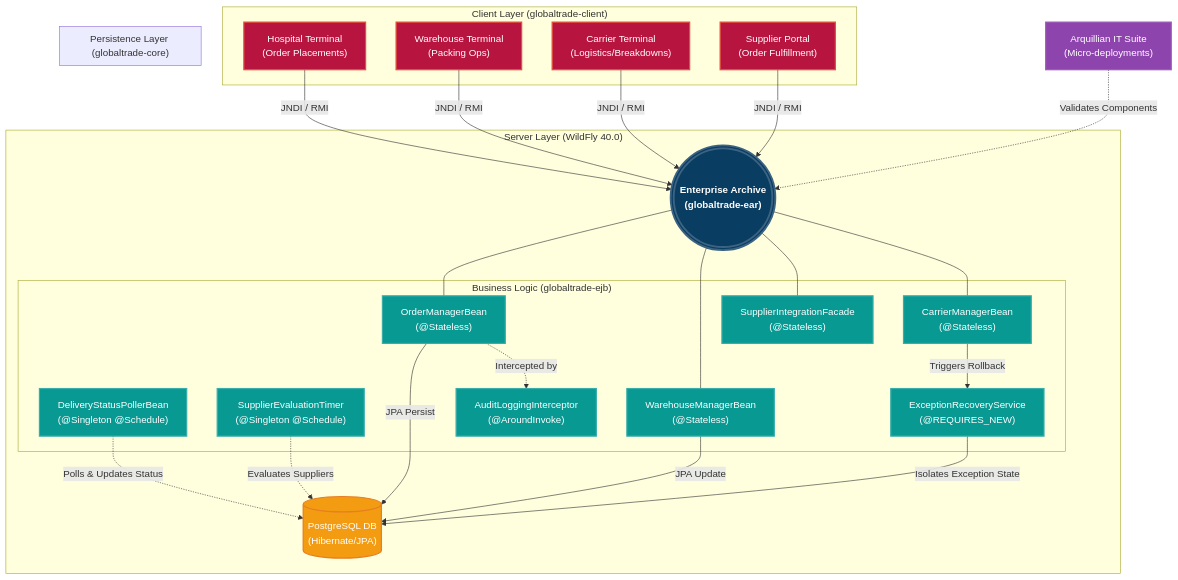
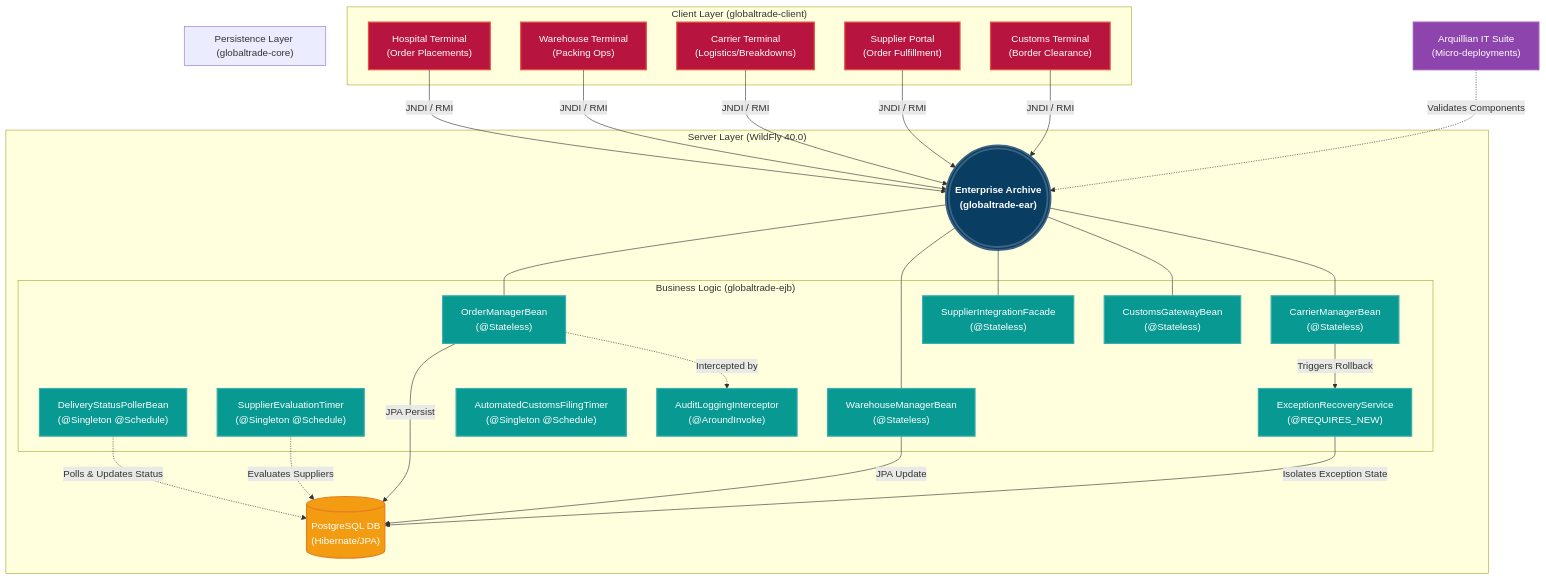
Before and after one commit to notlasandu/globaltrade-scm: the diagram in README.md, drawn with Mermaid. The commit also changed other lines of this file and 22 other files, not shown here.

Commit message:
feat: Implement Customs Clearance, Automated Filing Bridge, and Exception Recovery

````diff
--- a/README.md
+++ b/README.md
@@ -88,62 +89,67 @@
 ```mermaid
 graph TD
     %% Styling
     classDef client fill:#b71540,stroke:#e55039,stroke-width:2px,color:white;
     classDef server fill:#0a3d62,stroke:#3c6382,stroke-width:3px,color:white,font-weight:bold;
     classDef ejb fill:#079992,stroke:#38ada9,stroke-width:2px,color:white;
     classDef db fill:#f39c12,stroke:#e67e22,stroke-width:2px,color:white;
     classDef test fill:#8e44ad,stroke:#9b59b6,stroke-width:2px,color:white;
 
     %% Client Layer
     subgraph "Client Layer (globaltrade-client)"
         Hospital["Hospital Terminal<br/>(Order Placements)"]:::client
         Warehouse["Warehouse Terminal<br/>(Packing Ops)"]:::client
         Carrier["Carrier Terminal<br/>(Logistics/Breakdowns)"]:::client
         Vendor["Supplier Portal<br/>(Order Fulfillment)"]:::client
+        CustomsClient["Customs Terminal<br/>(Border Clearance)"]:::client
     end
 
     %% JNDI/RMI Boundary
     Hospital -- "JNDI / RMI" --> WildFly
     Warehouse -- "JNDI / RMI" --> WildFly
     Carrier -- "JNDI / RMI" --> WildFly
     Vendor -- "JNDI / RMI" --> WildFly
+    CustomsClient -- "JNDI / RMI" --> WildFly
 
     %% Server Layer
     subgraph "Server Layer (WildFly 40.0)"
         WildFly((("Enterprise Archive<br/>(globaltrade-ear)"))):::server
 
         subgraph "Business Logic (globaltrade-ejb)"
             OrderEJB["OrderManagerBean<br/>(@Stateless)"]:::ejb
             WarehouseEJB["WarehouseManagerBean<br/>(@Stateless)"]:::ejb
             CarrierEJB["CarrierManagerBean<br/>(@Stateless)"]:::ejb
             VendorEJB["SupplierIntegrationFacade<br/>(@Stateless)"]:::ejb
+            CustomsEJB["CustomsGatewayBean<br/>(@Stateless)"]:::ejb
             
             Timer["DeliveryStatusPollerBean<br/>(@Singleton @Schedule)"]:::ejb
             EvalTimer["SupplierEvaluationTimer<br/>(@Singleton @Schedule)"]:::ejb
+            CustomsTimer["AutomatedCustomsFilingTimer<br/>(@Singleton @Schedule)"]:::ejb
             Interceptor["AuditLoggingInterceptor<br/>(@AroundInvoke)"]:::ejb
             Recovery["ExceptionRecoveryService<br/>(@REQUIRES_NEW)"]:::ejb
         end
         
         WildFly --- OrderEJB
         WildFly --- WarehouseEJB
         WildFly --- CarrierEJB
         WildFly --- VendorEJB
+        WildFly --- CustomsEJB
 
         OrderEJB -. "Intercepted by" .-> Interceptor
         CarrierEJB -- "Triggers Rollback" --> Recovery
         Timer -. "Polls & Updates Status" .-> DbNode
         EvalTimer -. "Evaluates Suppliers" .-> DbNode
     end
 
     %% Database Layer
     subgraph "Persistence Layer (globaltrade-core)"
         DbNode[("PostgreSQL DB<br/>(Hibernate/JPA)")]:::db
     end
 
     OrderEJB -- "JPA Persist" --> DbNode
     WarehouseEJB -- "JPA Update" --> DbNode
     Recovery -- "Isolates Exception State" --> DbNode
 
     %% Testing
     Arquillian["Arquillian IT Suite<br/>(Micro-deployments)"]:::test -. "Validates Components" .-> WildFly
 ```
````
